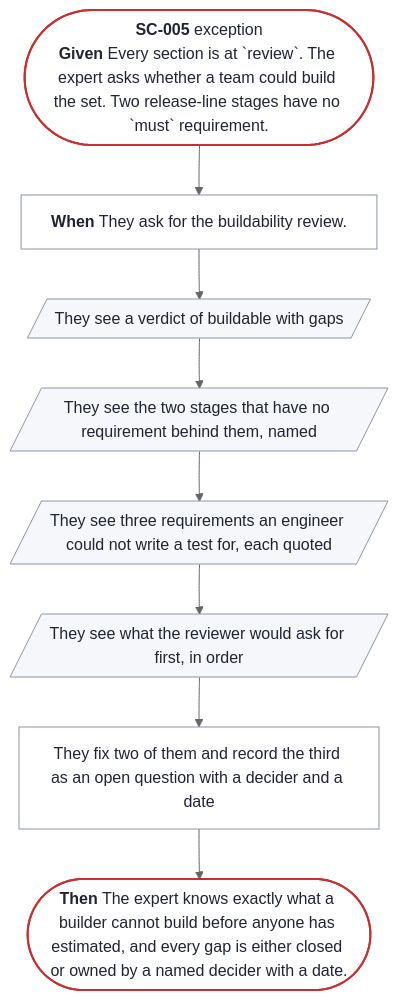
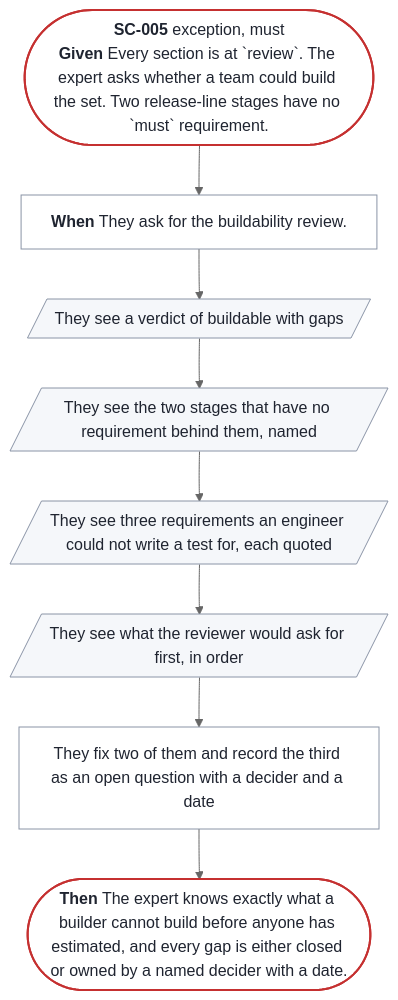
One commit to SpillwaveSolutions/prd-forge changed the diagram in docs/prd/prd-forge/diagrams/SC-005.mmd. Above: the diagram before and after it, drawn with Mermaid (neutral theme). The commit also changed 116 other files, not shown here.

```diff
--- a/docs/prd/prd-forge/diagrams/SC-005.mmd
+++ b/docs/prd/prd-forge/diagrams/SC-005.mmd
@@ -1,22 +1,22 @@
 %% Generated by prd-diagrams.mjs from the scenario front matter. Do not edit.
 %%{init: {"flowchart": {"wrappingWidth": 300}}}%%
 flowchart TB
-  start(["<b>SC-005</b> exception<br/><b>Given</b> Every section is at `review`. The expert asks whether a team could build the set. Two release-line stages have no `must` requirement."])
+  start(["<b>SC-005</b> exception, must<br/><b>Given</b> Every section is at `review`. The expert asks whether a team could build the set. Two release-line stages have no `must` requirement."])
   trigger["<b>When</b> They ask for the buildability review."]
   s0[/"They see a verdict of buildable with gaps"/]
   s1[/"They see the two stages that have no requirement behind them, named"/]
   s2[/"They see three requirements an engineer could not write a test for, each quoted"/]
   s3[/"They see what the reviewer would ask for first, in order"/]
   s4["They fix two of them and record the third as an open question with a decider and a date"]
   done(["<b>Then</b> The expert knows exactly what a builder cannot build before anyone has estimated, and every gap is either closed or owned by a named decider with a date."])
   start --> trigger --> s0 --> s1 --> s2 --> s3 --> s4 --> done
   classDef ends fill:#FFFFFF,stroke:#C53030,stroke-width:2px,color:#1F2430
   classDef sees fill:#F5F7FA,stroke:#8A94A6,color:#1F2430
   classDef does fill:#FFFFFF,stroke:#8A94A6,color:#1F2430
   class start,done ends
   class s0 sees
   class s1 sees
   class s2 sees
   class s3 sees
   class s4 does
   class trigger does
```
